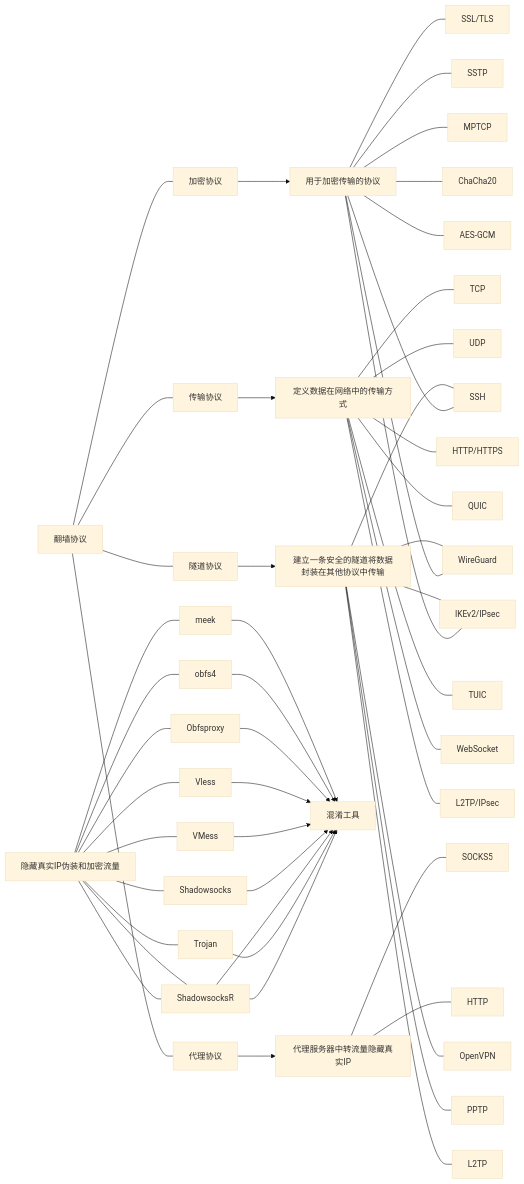
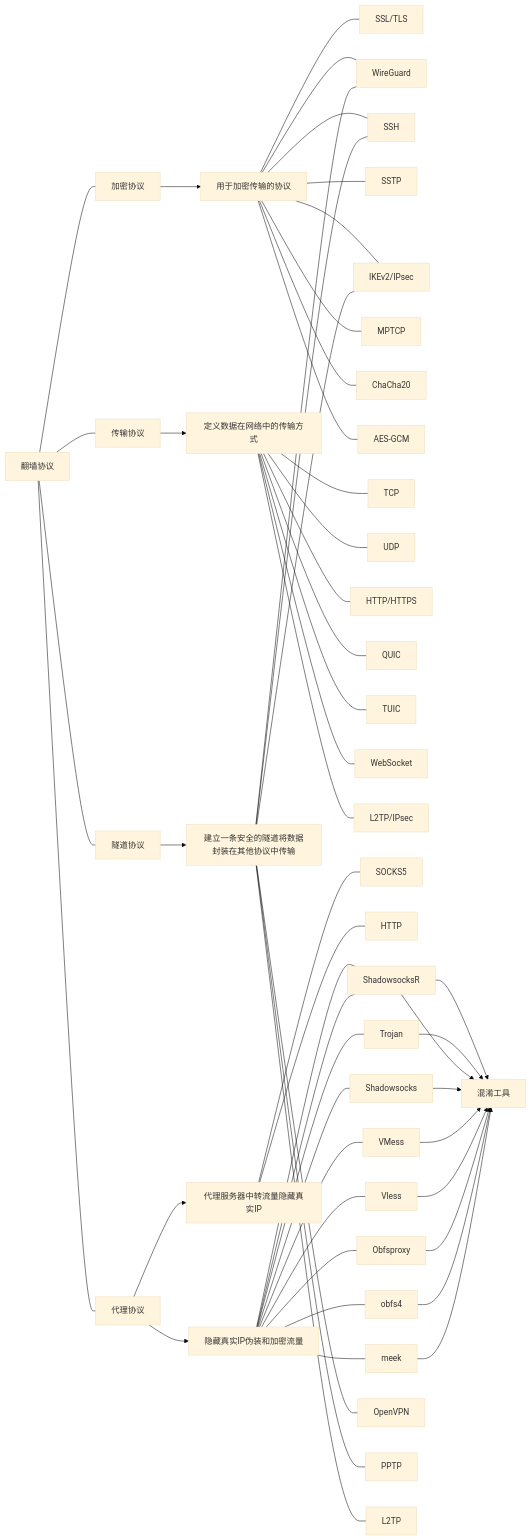
The diagram in content/🛜科学上网/翻墙协议讲解.md (baib-web/flowershow), drawn with Mermaid (base theme) before and after one commit.

Commit message:
Update content content/🛜科学上网/翻墙协议讲解.md

```diff
--- a/content/🛜科学上网/翻墙协议讲解.md
+++ b/content/🛜科学上网/翻墙协议讲解.md
@@ -60,6 +60,8 @@
 
 代理服务器中转流量隐藏真实IP --- HTTP
 
+代理协议 --> 隐藏真实IP伪装和加密流量
+
 隐藏真实IP伪装和加密流量 --- ShadowsocksR --> 混淆工具
 
 隐藏真实IP伪装和加密流量 --- Trojan --> 混淆工具
```
